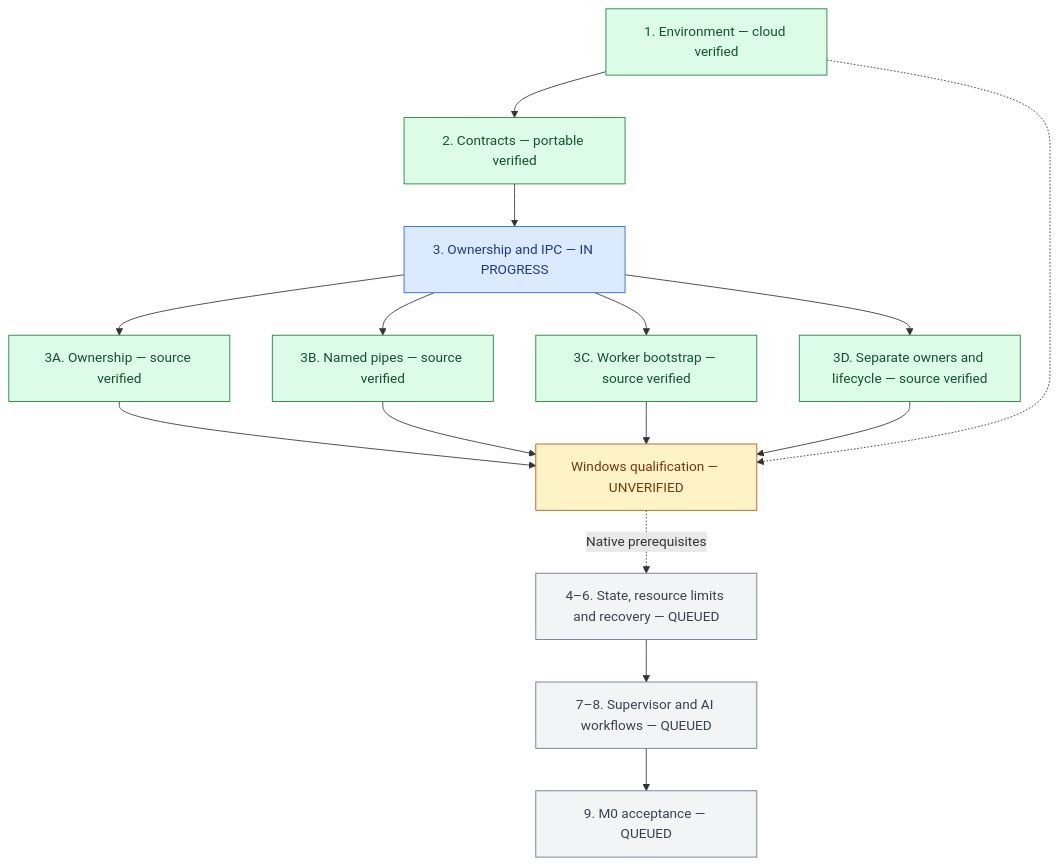
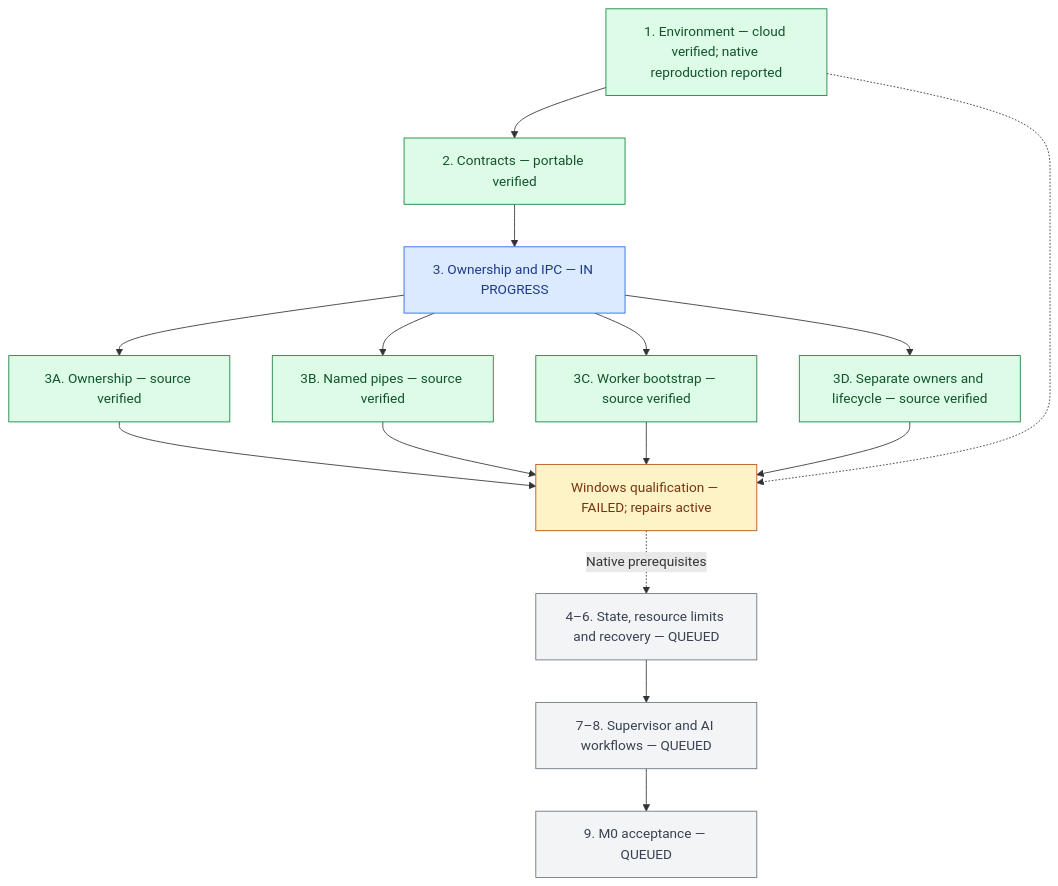
One commit to BGonnermann/Compertum changed the diagram in README.md. Above: the diagram before and after it, drawn with Mermaid. The commit also changed other lines of this file and 11 other files, not shown here.

````diff
--- a/README.md
+++ b/README.md
@@ -9,26 +9,26 @@
 ```mermaid
 flowchart TD
-    environment["1. Environment — cloud verified"] --> contracts["2. Contracts — portable verified"]
+    environment["1. Environment — cloud verified; native reproduction reported"] --> contracts["2. Contracts — portable verified"]
     contracts --> auth["3. Ownership and IPC — IN PROGRESS"]
     auth --> owners["3A. Ownership — source verified"]
     auth --> pipes["3B. Named pipes — source verified"]
     auth --> bootstrap["3C. Worker bootstrap — source verified"]
     auth --> enrollment["3D. Separate owners and lifecycle — source verified"]
-    owners --> windows["Windows qualification — UNVERIFIED"]
+    owners --> windows["Windows qualification — FAILED; repairs active"]
     pipes --> windows
     bootstrap --> windows
     enrollment --> windows
     environment -.-> windows
     windows -. "Native prerequisites" .-> state["4–6. State, resource limits and recovery — QUEUED"]
     state --> runtime["7–8. Supervisor and AI workflows — QUEUED"]
     runtime --> acceptance["9. M0 acceptance — QUEUED"]
 
     classDef verified fill:#dcfce7,stroke:#15803d,color:#14532d
     classDef active fill:#dbeafe,stroke:#2563eb,color:#1e3a8a
     classDef pending fill:#fef3c7,stroke:#b45309,color:#78350f
     classDef queued fill:#f3f4f6,stroke:#6b7280,color:#374151
     class environment,contracts,owners,pipes,bootstrap,enrollment verified
     class auth active
     class windows pending
     class state,runtime,acceptance queued
 ```
````
